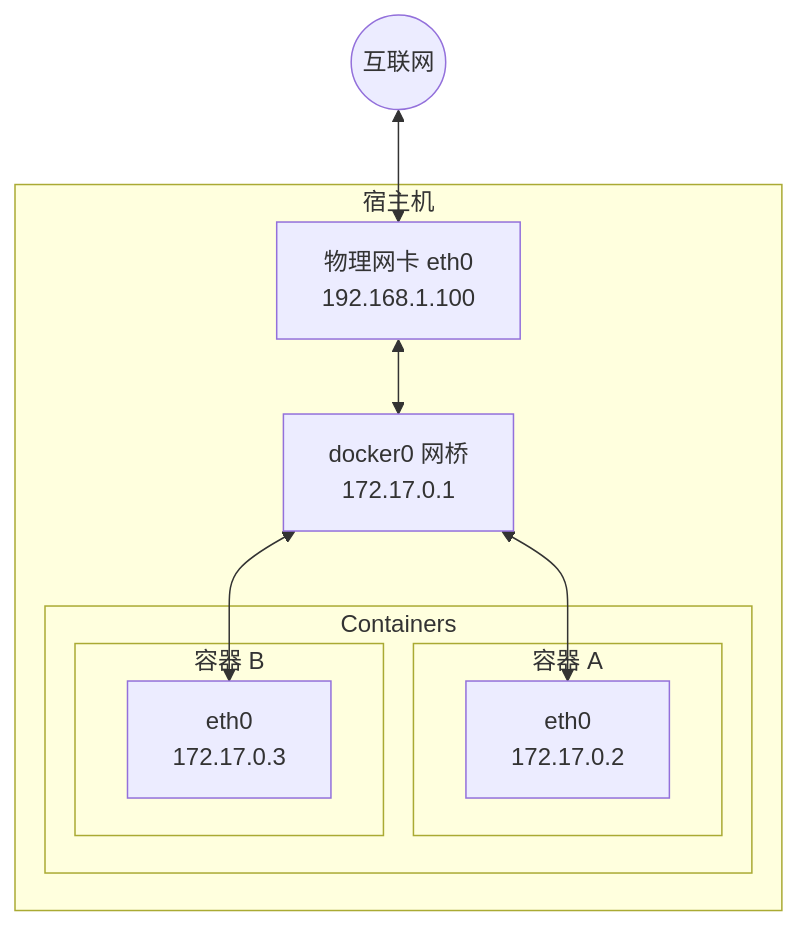
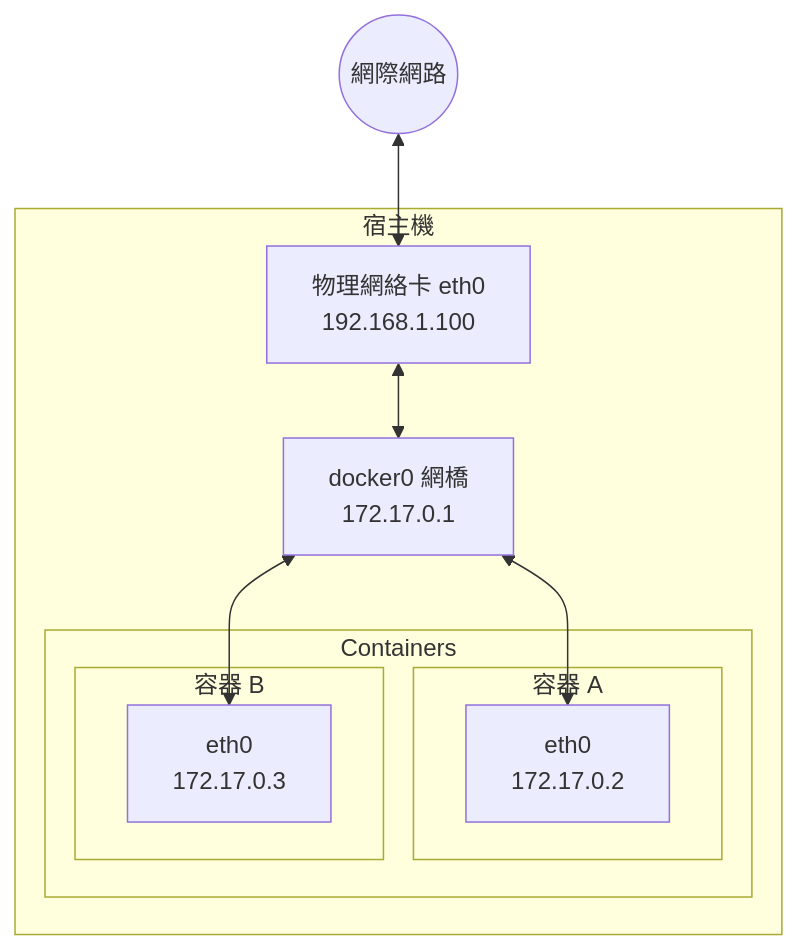
One commit to alexkuoecity/docker-practice-master-zh-tw changed the diagram in 09_network/README.md. Above: the diagram before and after it, drawn with Mermaid. The commit also changed other lines of this file and 200 other files, not shown here.

````diff
--- a/09_network/README.md
+++ b/09_network/README.md
@@ -9,22 +9,22 @@
 ```mermaid
 graph TD
-    subgraph Host [宿主机]
-        eth0[物理网卡 eth0<br>192.168.1.100]
-        docker0[docker0 网桥<br>172.17.0.1]
+    subgraph Host [宿主機]
+        eth0[物理網絡卡 eth0<br>192.168.1.100]
+        docker0[docker0 網橋<br>172.17.0.1]
 
         subgraph Containers
             subgraph ContainerA [容器 A]
                 eth0_A[eth0<br>172.17.0.2]
             end
             subgraph ContainerB [容器 B]
                 eth0_B[eth0<br>172.17.0.3]
             end
         end
 
         eth0 <--> docker0
         docker0 <--> eth0_A
         docker0 <--> eth0_B
     end
 
-    Internet((互联网)) <--> eth0
+    Internet((網際網路)) <--> eth0
 ```
````
